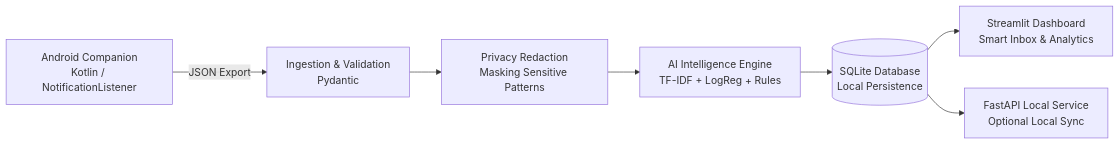
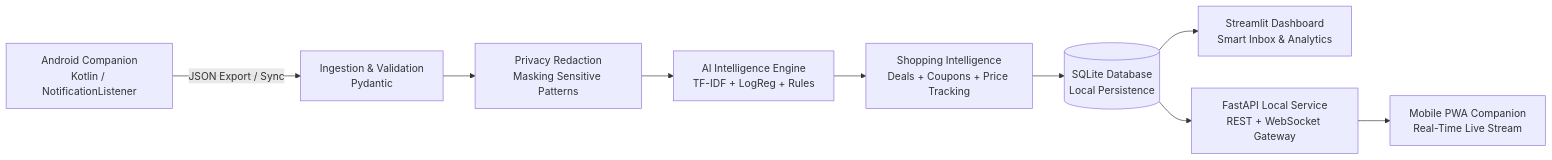
The diagram in README.md (Amay100506/VR-HAEDSET-PRATIK), drawn with Mermaid before and after one commit. The commit also changed other lines of this file and 17 other files, not shown here.

````diff
--- a/README.md
+++ b/README.md
@@ -50,9 +54,11 @@
 ```mermaid
 flowchart LR
-    A[Android Companion<br/>Kotlin / NotificationListener] -->|JSON Export| B[Ingestion & Validation<br/>Pydantic]
+    A[Android Companion<br/>Kotlin / NotificationListener] -->|JSON Export / Sync| B[Ingestion & Validation<br/>Pydantic]
     B --> C[Privacy Redaction<br/>Masking Sensitive Patterns]
     C --> D[AI Intelligence Engine<br/>TF-IDF + LogReg + Rules]
-    D --> E[(SQLite Database<br/>Local Persistence)]
-    E --> F[Streamlit Dashboard<br/>Smart Inbox & Analytics]
-    E --> G[FastAPI Local Service<br/>Optional Local Sync]
+    D --> E[Shopping Intelligence<br/>Deals + Coupons + Price Tracking]
+    E --> F[(SQLite Database<br/>Local Persistence)]
+    F --> G[Streamlit Dashboard<br/>Smart Inbox & Analytics]
+    F --> H[FastAPI Local Service<br/>REST + WebSocket Gateway]
+    H --> I[Mobile PWA Companion<br/>Real-Time Live Stream]
 ```
````
